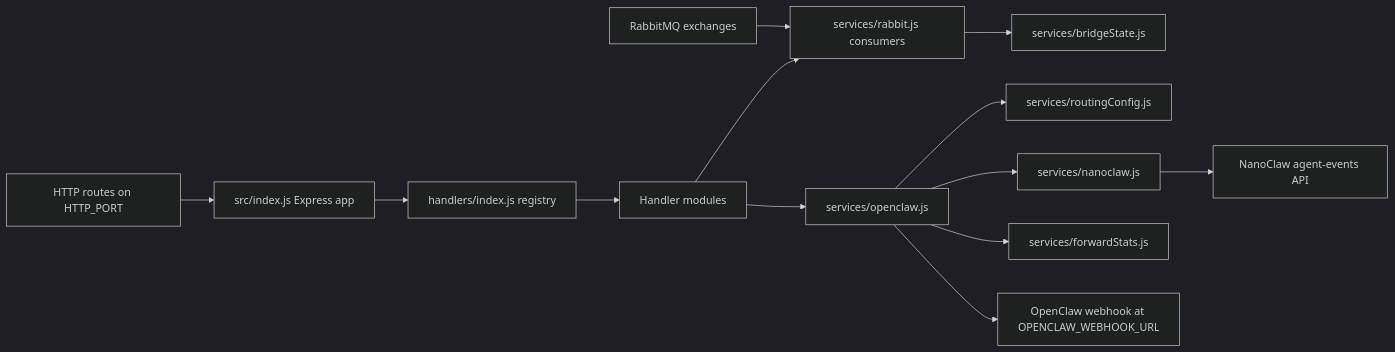
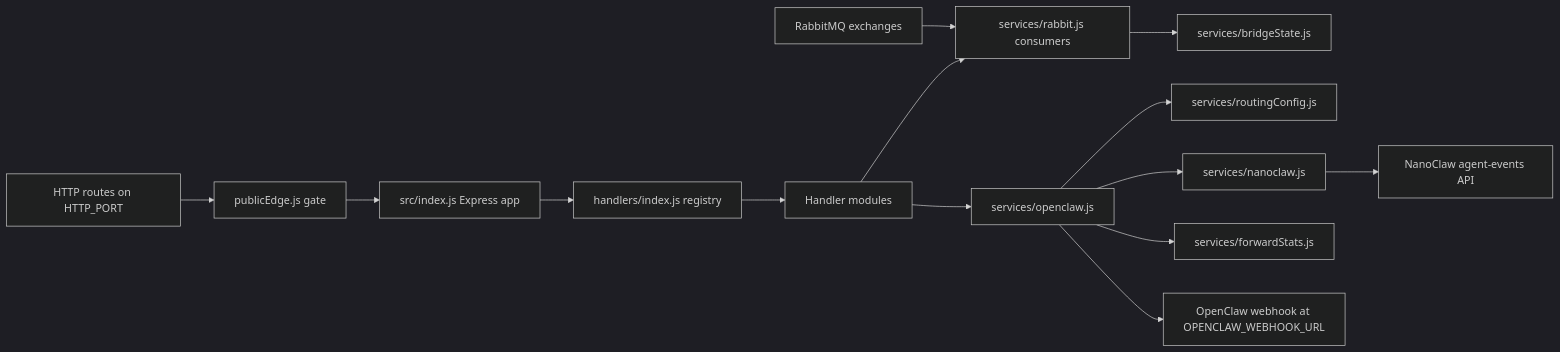
Before and after one commit to Jeffrey-Keyser/project-wiki: the diagram in content/repos/Jeffrey-Keyser-openclaw-bridge/Architecture.md, drawn with Mermaid (dark theme). The commit also changed other lines of this file and 4 other files, not shown here.

````diff
--- a/content/repos/Jeffrey-Keyser-openclaw-bridge/Architecture.md
+++ b/content/repos/Jeffrey-Keyser-openclaw-bridge/Architecture.md
@@ -12,28 +12,30 @@
 ```mermaid
 flowchart LR
   RMQ["RabbitMQ exchanges"]
   HTTP["HTTP routes on HTTP_PORT"]
+  PE["publicEdge.js gate"]
   IDX["src/index.js Express app"]
   REG["handlers/index.js registry"]
   HND["Handler modules"]
   RAB["services/rabbit.js consumers"]
   STATE["services/bridgeState.js"]
   ROUTE["services/routingConfig.js"]
   OC["services/openclaw.js"]
   NC["services/nanoclaw.js"]
   FWD["services/forwardStats.js"]
   OCWH["OpenClaw webhook at OPENCLAW_WEBHOOK_URL"]
   NCAPI["NanoClaw agent-events API"]
   RMQ --> RAB
-  HTTP --> IDX
+  HTTP --> PE
+  PE --> IDX
   IDX --> REG
   REG --> HND
   HND --> RAB
   RAB --> STATE
   HND --> OC
   OC --> ROUTE
   OC --> FWD
   OC --> OCWH
   OC --> NC
   NC --> NCAPI
 ```
````
